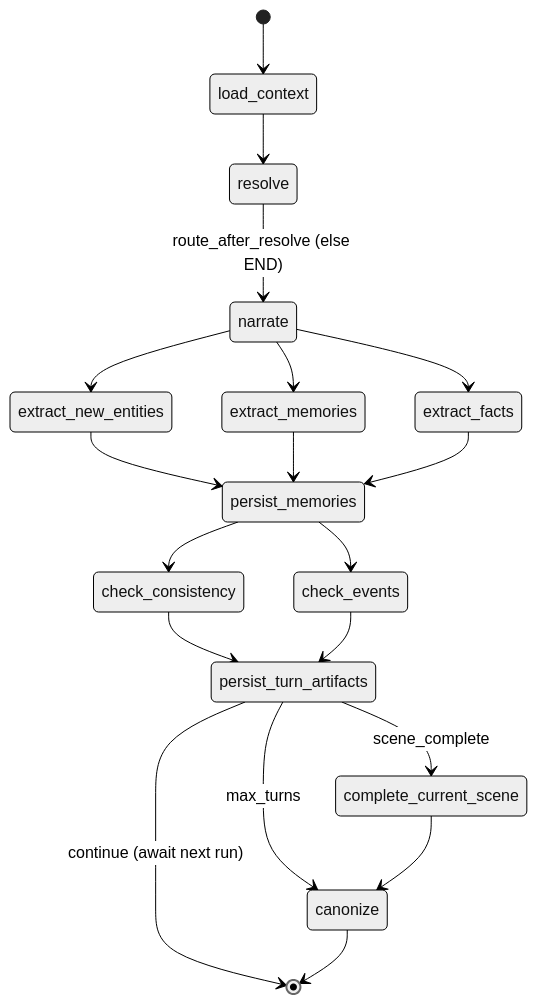
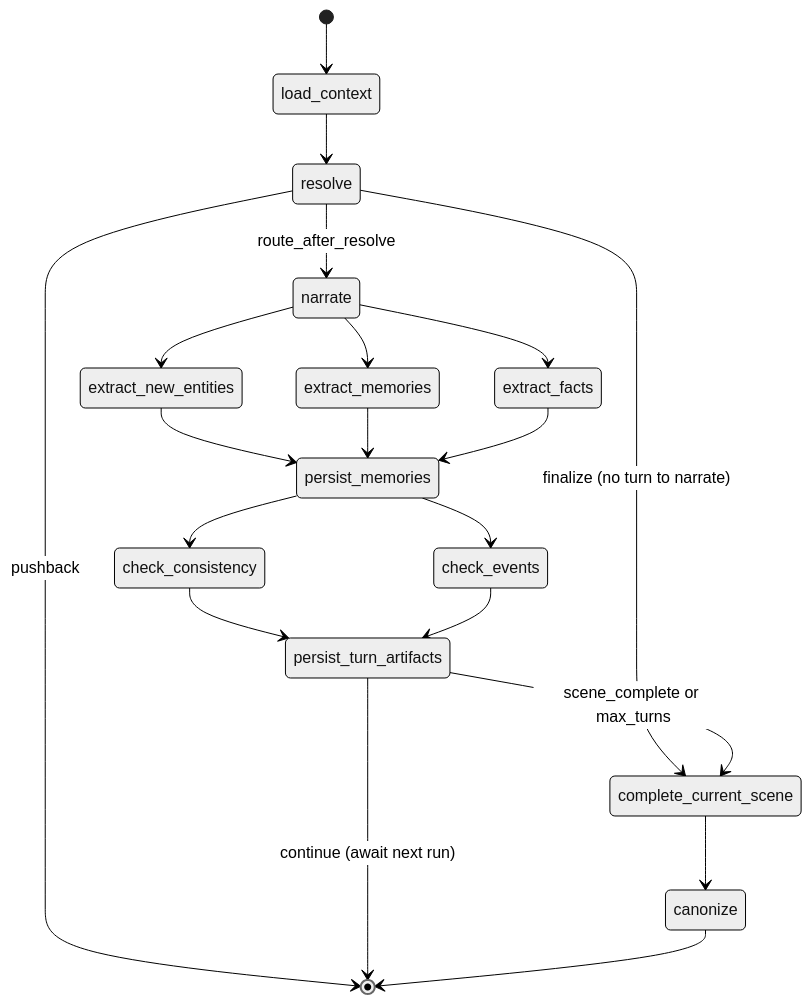
The diagram in docs/3_loops_and_systems/scene_loop.md (spuentesp/monitor_dm_system), drawn with Mermaid (neutral theme) before and after one commit. The commit also changed other lines of this file and 4 other files, not shown here.

First line of the commit message:
fix(agents): P-3 P-8 carry scene state across turns

````diff
--- a/docs/3_loops_and_systems/scene_loop.md
+++ b/docs/3_loops_and_systems/scene_loop.md
@@ -18,21 +18,22 @@
 ```mermaid
 stateDiagram-v2
     [*] --> load_context
     load_context --> resolve
-    resolve --> narrate: route_after_resolve (else END)
+    resolve --> narrate: route_after_resolve
+    resolve --> complete_current_scene: finalize (no turn to narrate)
+    resolve --> [*]: pushback
     narrate --> extract_new_entities
     narrate --> extract_memories
     narrate --> extract_facts
     extract_new_entities --> persist_memories
     extract_memories --> persist_memories
     extract_facts --> persist_memories
     persist_memories --> check_consistency
     persist_memories --> check_events
     check_consistency --> persist_turn_artifacts
     check_events --> persist_turn_artifacts
-    persist_turn_artifacts --> complete_current_scene: scene_complete
-    persist_turn_artifacts --> canonize: max_turns
+    persist_turn_artifacts --> complete_current_scene: scene_complete or max_turns
     persist_turn_artifacts --> [*]: continue (await next run)
     complete_current_scene --> canonize
     canonize --> [*]
 ```
````
